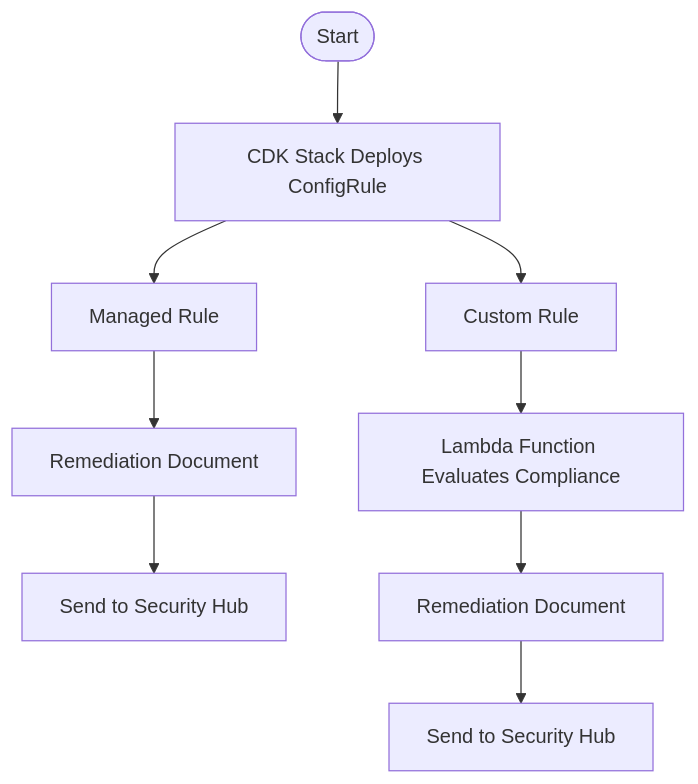
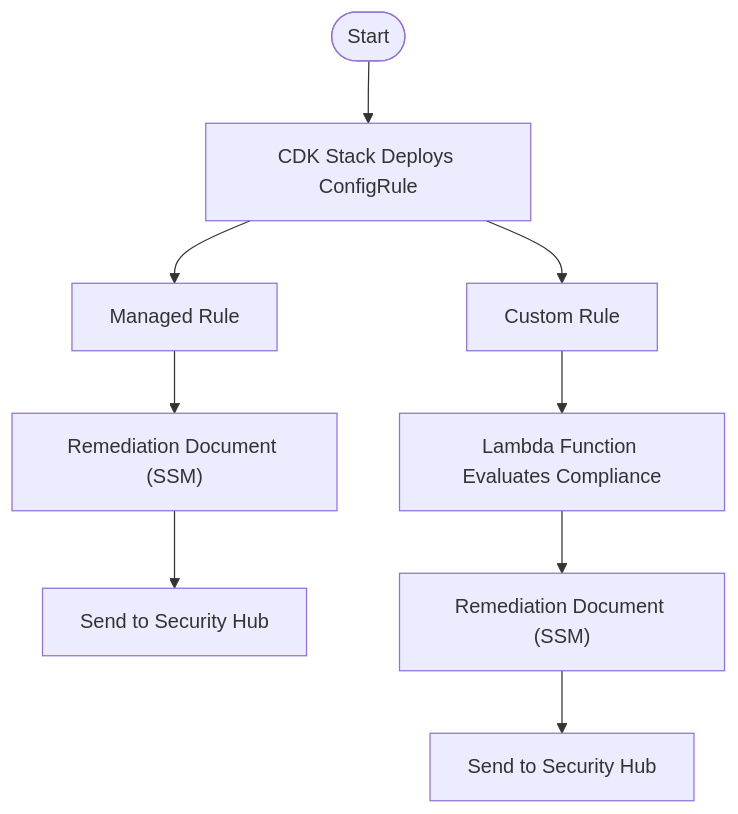
The diagram in src/config/config-flow.md (vchinnap/vchinnap-discussions), drawn with Mermaid before and after one commit.

````diff
--- a/src/config/config-flow.md
+++ b/src/config/config-flow.md
@@ -1,11 +1,14 @@
 ```mermaid
 flowchart TD
-    A([Start]) --> B[CDK Stack Deploys ConfigRule]
-    B --> C[Managed Rule]
-    B --> D[Custom Rule]
-    C --> E1[Remediation Document]
-    E1 --> F1[Send to Security Hub]
-    D --> E[Lambda Function Evaluates Compliance]
-    E --> F[Remediation Document]
-    F --> G[Send to Security Hub]
+    A([Start]) --> B["CDK Stack Deploys ConfigRule"]
+
+    B --> C["Managed Rule"]
+    B --> D["Custom Rule"]
+
+    C --> E["Remediation Document (SSM)"]
+    E --> F["Send to Security Hub"]
+
+    D --> G["Lambda Function Evaluates Compliance"]
+    G --> H["Remediation Document (SSM)"]
+    H --> I["Send to Security Hub"]
 ```
````
